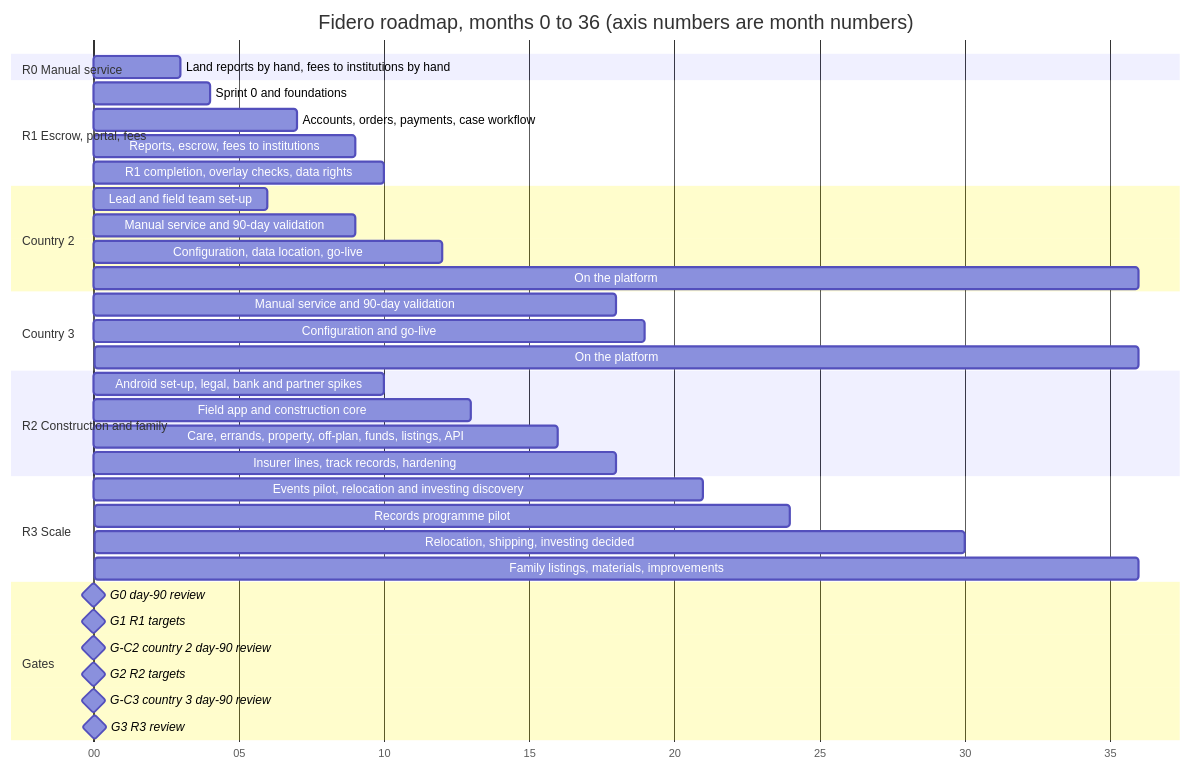
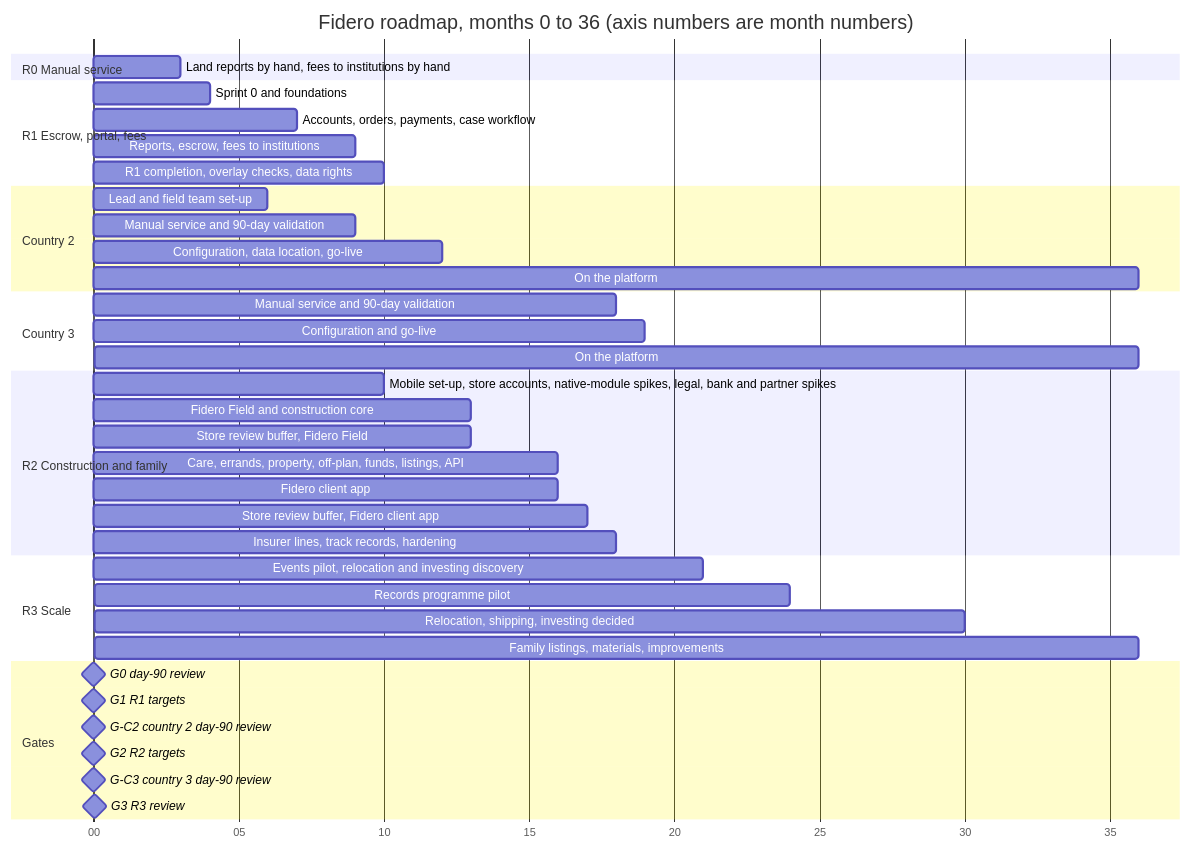
Before and after one commit to 1SteveMens/Fidero: the first of 2 diagrams in docs/specs/04-project-plan-and-backlog.md, drawn with Mermaid. The commit also changed other lines of this file and 3 other files, not shown here.

First line of the commit message:
Work in progress: app-store alignment of documents 02 to 06

````diff
--- a/docs/specs/04-project-plan-and-backlog.md
+++ b/docs/specs/04-project-plan-and-backlog.md
@@ -113,40 +115,43 @@
 ```mermaid
 gantt
     title Fidero roadmap, months 0 to 36 (axis numbers are month numbers)
     dateFormat X
     axisFormat %S
     todayMarker off
     section R0 Manual service
     Land reports by hand, fees to institutions by hand   :r0, 0, 3
     section R1 Escrow, portal, fees
     Sprint 0 and foundations                       :r1a, 3, 4
     Accounts, orders, payments, case workflow      :r1b, 4, 7
     Reports, escrow, fees to institutions          :r1c, 7, 9
     R1 completion, overlay checks, data rights     :r1d, 9, 10
     section Country 2
     Lead and field team set-up                     :c2a, 5, 6
     Manual service and 90-day validation           :c2b, 6, 9
     Configuration, data location, go-live          :c2c, 10, 12
     On the platform                                :c2d, 12, 36
     section Country 3
     Manual service and 90-day validation           :c3a, 15, 18
     Configuration and go-live                      :c3b, 18, 19
     On the platform                                :c3c, 19, 36
     section R2 Construction and family
-    Android set-up, legal, bank and partner spikes :r2a, 9, 10
-    Field app and construction core                :r2b, 10, 13
+    Mobile set-up, store accounts, native-module spikes, legal, bank and partner spikes :r2a, 9, 10
+    Fidero Field and construction core             :r2b, 10, 13
+    Store review buffer, Fidero Field              :r2s1, 12, 13
     Care, errands, property, off-plan, funds, listings, API :r2c, 13, 16
+    Fidero client app                              :r2app, 13, 16
+    Store review buffer, Fidero client app         :r2s2, 16, 17
     Insurer lines, track records, hardening        :r2d, 16, 18
     section R3 Scale
     Events pilot, relocation and investing discovery :r3a, 18, 21
     Records programme pilot                        :r3b, 21, 24
     Relocation, shipping, investing decided        :r3c, 24, 30
     Family listings, materials, improvements       :r3d, 27, 36
     section Gates
     G0 day-90 review                               :milestone, g0, 3, 0d
     G1 R1 targets                                  :milestone, g1, 9, 0d
     G-C2 country 2 day-90 review                   :milestone, gc2, 9, 0d
     G2 R2 targets                                  :milestone, g2, 18, 0d
     G-C3 country 3 day-90 review                   :milestone, gc3, 18, 0d
     G3 R3 review                                   :milestone, g3, 36, 0d
 ```
````
